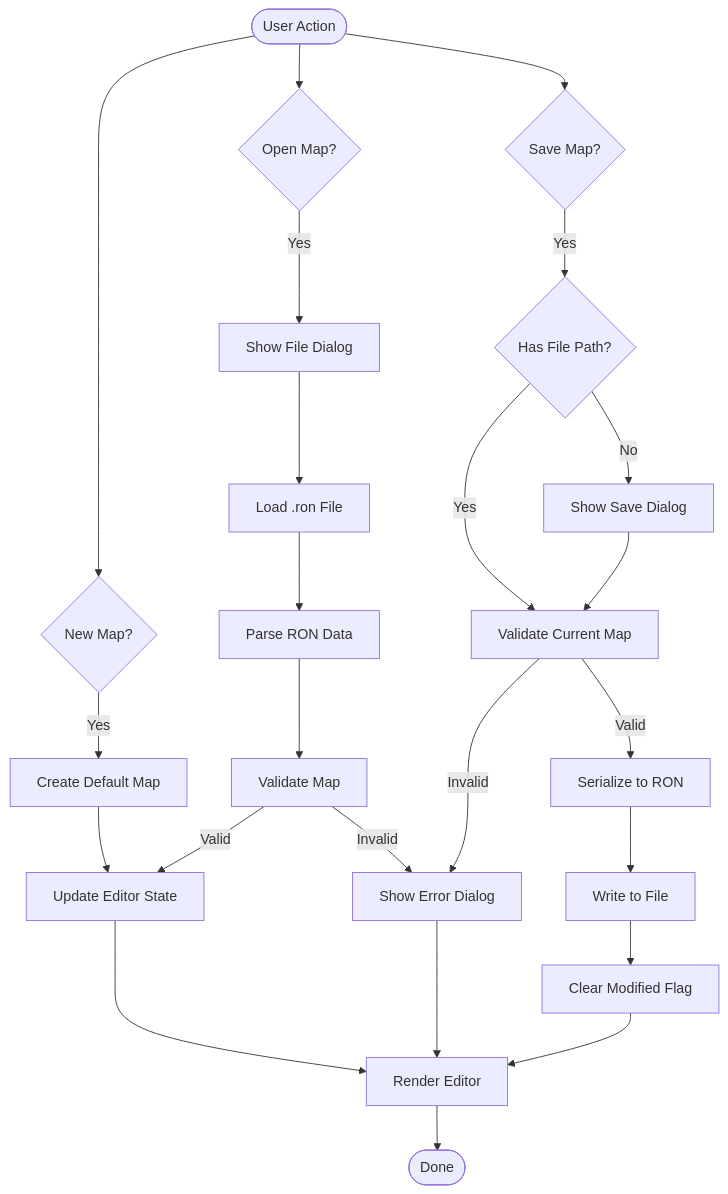
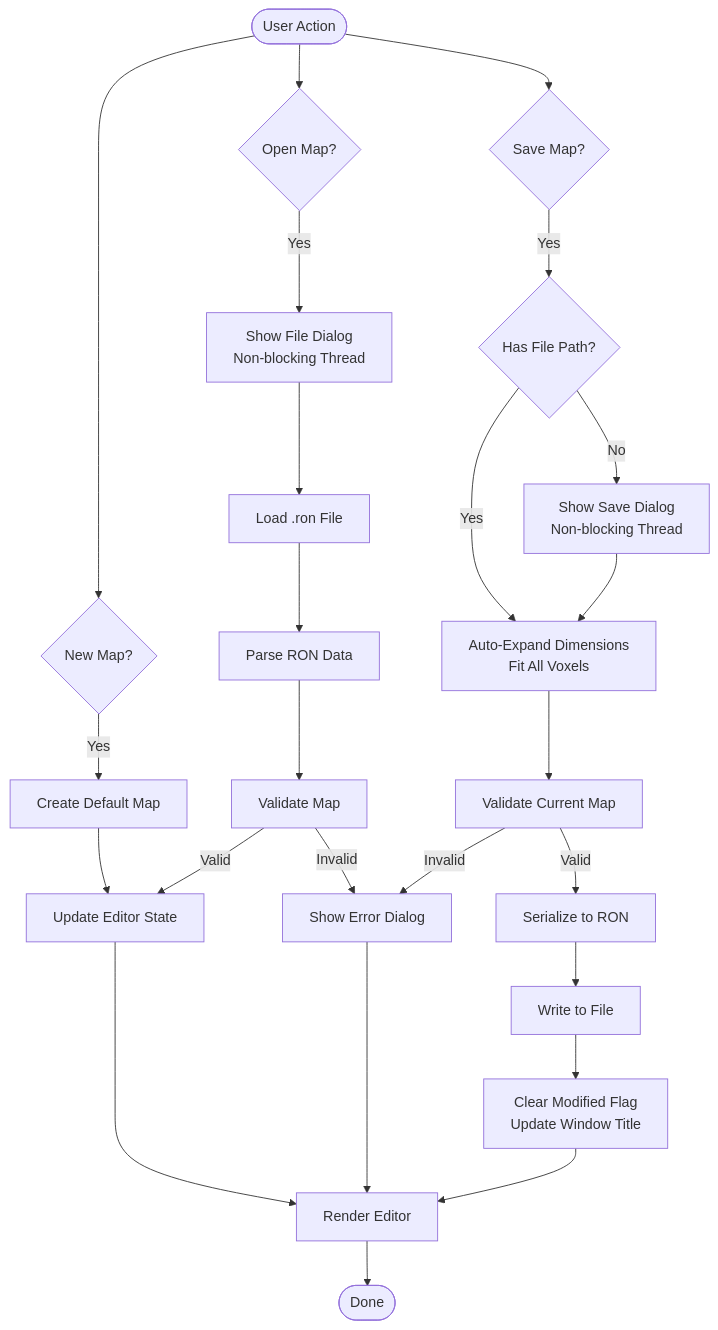
The fourth of 9 diagrams in docs/developer-guide/systems/map-editor/architecture.md (ctejada85/adrakestory), drawn with Mermaid before and after one commit. The commit also changed other lines of this file and 5 other files, not shown here.

Commit message:
docs: Update documentation for save functionality and auto-expand feature

````diff
--- a/docs/developer-guide/systems/map-editor/architecture.md
+++ b/docs/developer-guide/systems/map-editor/architecture.md
@@ -146,32 +146,33 @@
 ```mermaid
 flowchart TD
     Start([User Action])
     
     Start --> New{New Map?}
     Start --> Open{Open Map?}
     Start --> Save{Save Map?}
     
     New -->|Yes| CreateDefault[Create Default Map]
     CreateDefault --> UpdateState[Update Editor State]
     
-    Open -->|Yes| ShowDialog[Show File Dialog]
+    Open -->|Yes| ShowDialog[Show File Dialog<br/>Non-blocking Thread]
     ShowDialog --> LoadFile[Load .ron File]
     LoadFile --> Parse[Parse RON Data]
     Parse --> Validate[Validate Map]
     Validate -->|Valid| UpdateState
     Validate -->|Invalid| ShowError[Show Error Dialog]
     
     Save -->|Yes| HasPath{Has File Path?}
-    HasPath -->|No| ShowSaveDialog[Show Save Dialog]
-    HasPath -->|Yes| ValidateMap[Validate Current Map]
-    ShowSaveDialog --> ValidateMap
+    HasPath -->|No| ShowSaveDialog[Show Save Dialog<br/>Non-blocking Thread]
+    HasPath -->|Yes| AutoExpand[Auto-Expand Dimensions<br/>Fit All Voxels]
+    ShowSaveDialog --> AutoExpand
+    AutoExpand --> ValidateMap[Validate Current Map]
     ValidateMap -->|Valid| SerializeMap[Serialize to RON]
     ValidateMap -->|Invalid| ShowError
     SerializeMap --> WriteFile[Write to File]
-    WriteFile --> ClearDirty[Clear Modified Flag]
+    WriteFile --> ClearDirty[Clear Modified Flag<br/>Update Window Title]
     
     UpdateState --> Render[Render Editor]
     ShowError --> Render
     ClearDirty --> Render
     Render --> End([Done])
 ```
````
